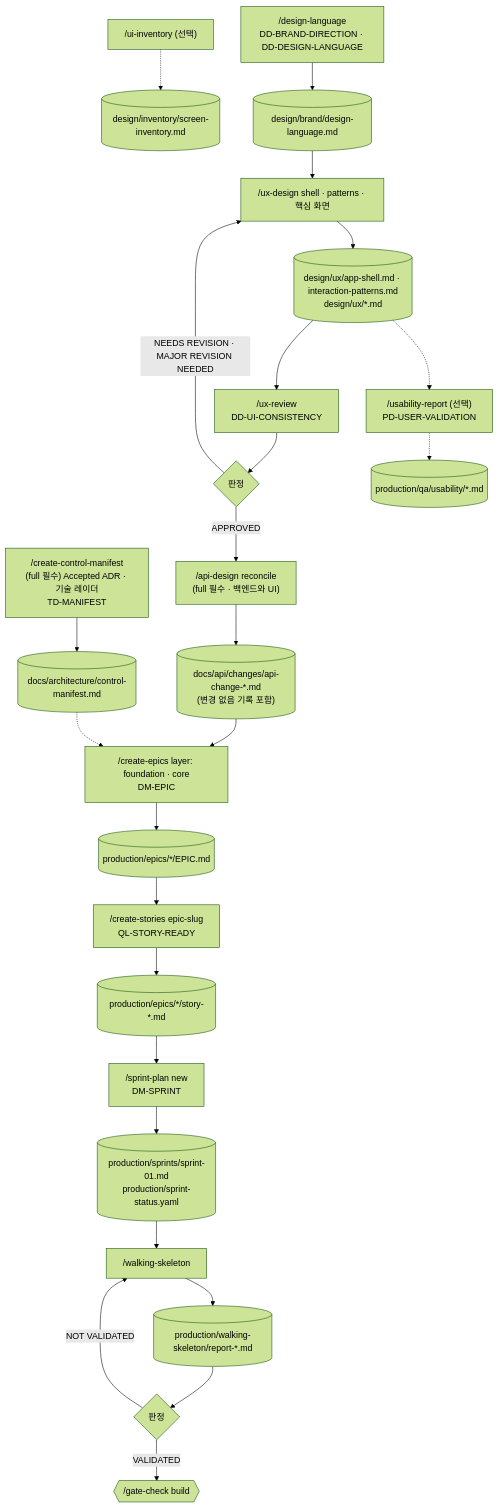
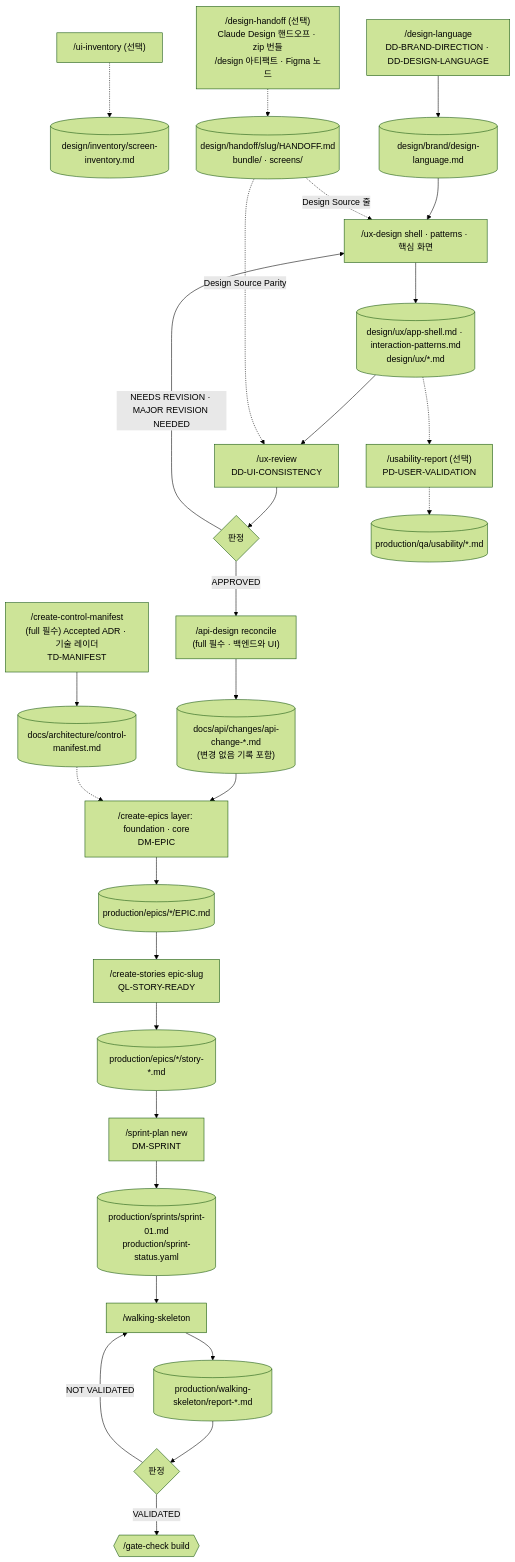
Before and after one commit to ababqq/claude-code-service-studios: the sixth of 20 diagrams in docs/skill-flow-diagrams.md, drawn with Mermaid (forest theme). The commit also changed other lines of this file and 124 other files, not shown here.

First line of the commit message:
feat: integrate Claude Design and Figma into the design process

````diff
--- a/docs/skill-flow-diagrams.md
+++ b/docs/skill-flow-diagrams.md
@@ -202,27 +202,30 @@
 ```mermaid
 flowchart TD
     inv["/ui-inventory (선택)"] -.-> invd[("design/inventory/screen-inventory.md")]
     dl["/design-language<br/>DD-BRAND-DIRECTION · DD-DESIGN-LANGUAGE"] --> dld[("design/brand/design-language.md")]
     dld --> ux["/ux-design shell · patterns · 핵심 화면"]
+    dh["/design-handoff (선택)<br/>Claude Design 핸드오프 · zip 번들<br/>/design 아티팩트 · Figma 노드"] -.-> dhd[("design/handoff/slug/HANDOFF.md<br/>bundle/ · screens/")]
+    dhd -.->|"Design Source 줄"| ux
     ux --> uxd[("design/ux/app-shell.md · interaction-patterns.md<br/>design/ux/*.md")]
     uxd --> uxr["/ux-review<br/>DD-UI-CONSISTENCY"]
+    dhd -.->|"Design Source Parity"| uxr
     uxr --> uxv{"판정"}
     uxv -->|"NEEDS REVISION · MAJOR REVISION NEEDED"| ux
     uxv -->|"APPROVED"| rec["/api-design reconcile<br/>(full 필수 · 백엔드와 UI)"]
     uxd -.-> usab["/usability-report (선택)<br/>PD-USER-VALIDATION"]
     usab -.-> usd[("production/qa/usability/*.md")]
     rec --> chg[("docs/api/changes/api-change-*.md<br/>(변경 없음 기록 포함)")]
     chg --> ce["/create-epics layer: foundation · core<br/>DM-EPIC"]
     cm["/create-control-manifest<br/>(full 필수) Accepted ADR · 기술 레이더<br/>TD-MANIFEST"] --> cmd[("docs/architecture/control-manifest.md")]
     cmd -.-> ce
     ce --> ep[("production/epics/*/EPIC.md")]
     ep --> cs["/create-stories epic-slug<br/>QL-STORY-READY"]
     cs --> st[("production/epics/*/story-*.md")]
     st --> spn["/sprint-plan new<br/>DM-SPRINT"]
     spn --> sprint[("production/sprints/sprint-01.md<br/>production/sprint-status.yaml")]
     sprint --> ws["/walking-skeleton"]
     ws --> wsr[("production/walking-skeleton/report-*.md")]
     wsr --> wsv{"판정"}
     wsv -->|"NOT VALIDATED"| ws
     wsv -->|"VALIDATED"| g4{{"/gate-check build"}}
 ```
````
